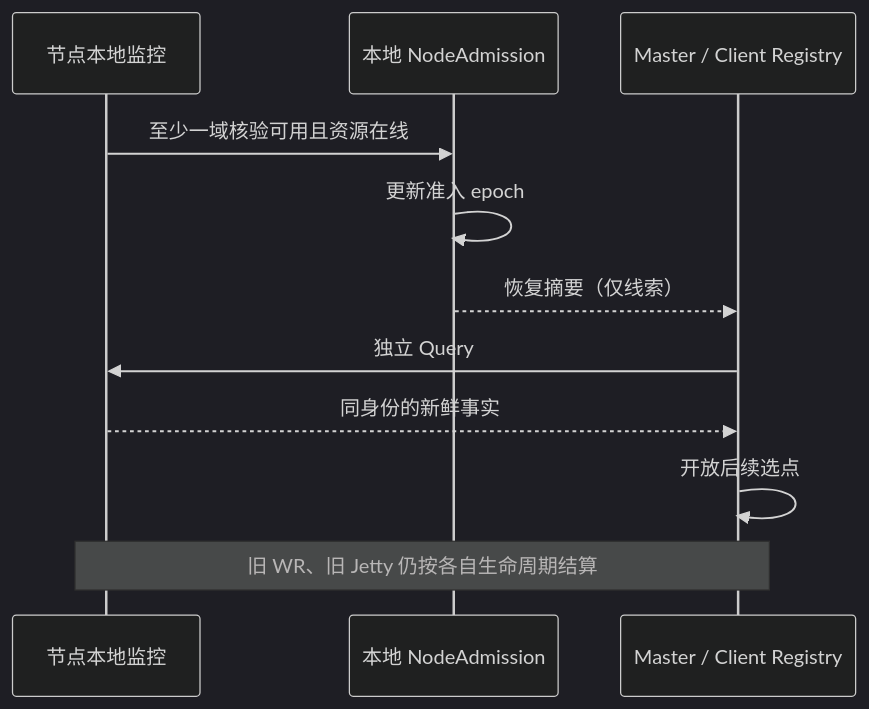
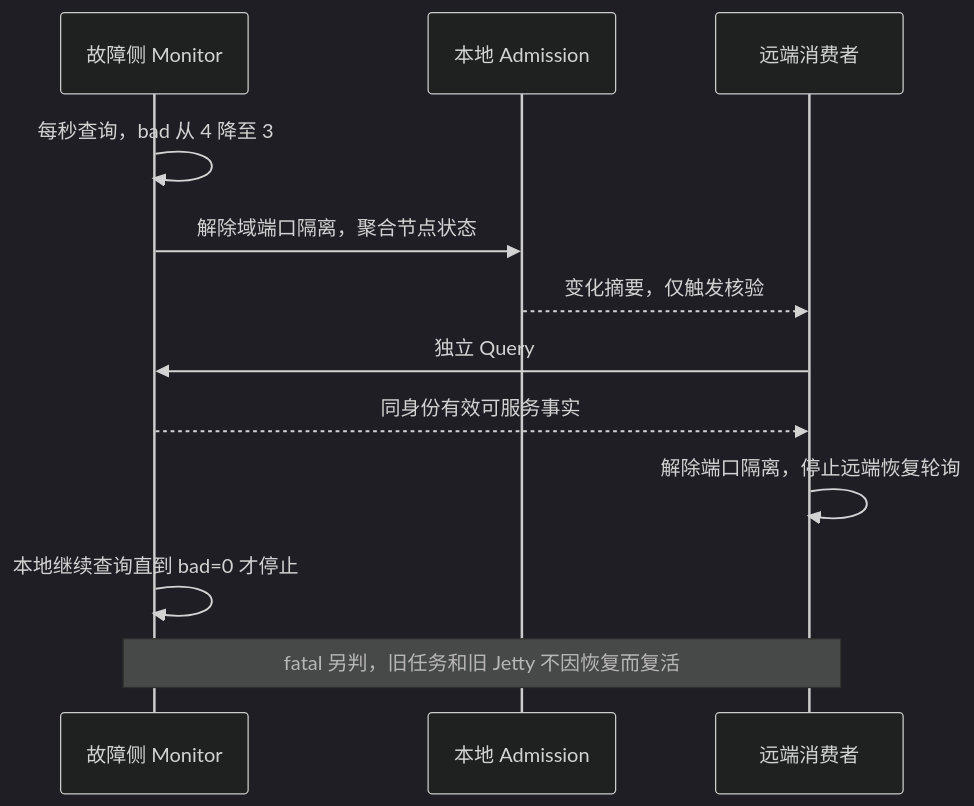
Before and after one commit to HangCong126/Supercache: the sixth of 7 diagrams in docs/analyze/ub_fault_isolation_design.md, drawn with Mermaid (dark theme). The commit also changed other lines of this file, not shown here.

````diff
--- a/docs/analyze/ub_fault_isolation_design.md
+++ b/docs/analyze/ub_fault_isolation_design.md
@@ -270,13 +363,14 @@
 ```mermaid
 sequenceDiagram
-    participant S as 节点本地监控
-    participant A as 本地 NodeAdmission
-    participant R as Master / Client Registry
-    S->>A: 至少一域核验可用且资源在线
-    A->>A: 更新准入 epoch
-    A-->>R: 恢复摘要（仅线索）
-    R->>S: 独立 Query
-    S-->>R: 同身份的新鲜事实
-    R->>R: 开放后续选点
-    Note over S,R: 旧 WR、旧 Jetty 仍按各自生命周期结算
+    participant H as 故障侧 Monitor
+    participant A as 本地 Admission
+    participant R as 远端消费者
+    H->>H: 每秒查询，bad 从 4 降至 3
+    H->>A: 解除域端口隔离，聚合节点状态
+    A-->>R: 变化摘要，仅触发核验
+    R->>H: 独立 Query
+    H-->>R: 同身份有效可服务事实
+    R->>R: 解除端口隔离，停止远端恢复轮询
+    H->>H: 本地继续查询直到 bad=0 才停止
+    Note over H,R: fatal 另判，旧任务和旧 Jetty 不因恢复而复活
 ```
````
